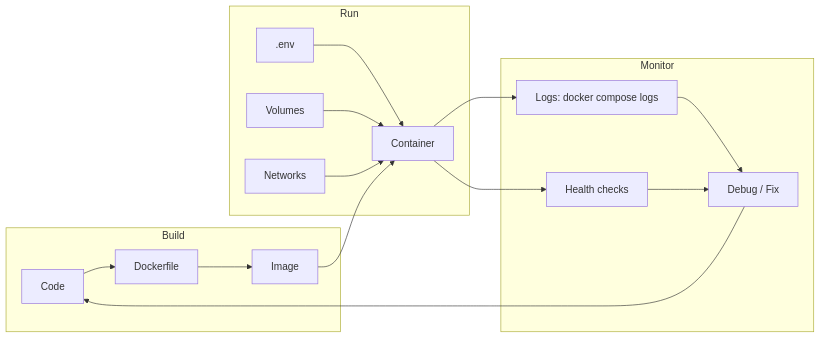
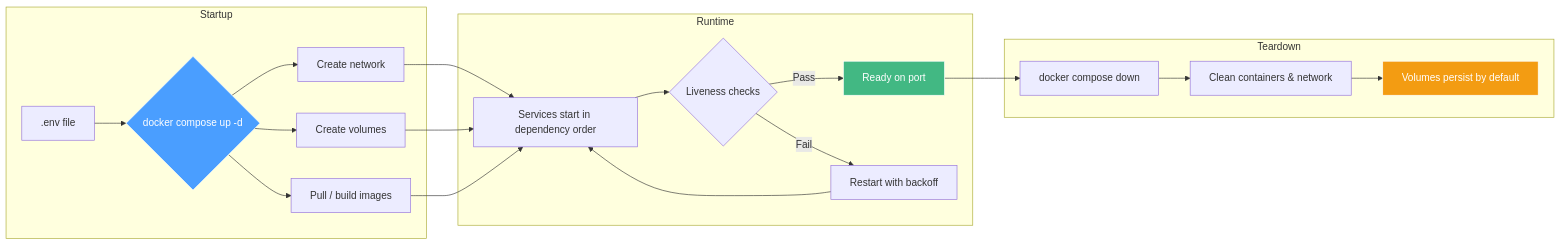
Before and after one commit to nerudek/docker-compose-templates: the third of 3 diagrams in README.md, drawn with Mermaid. The commit also changed other lines of this file and 9 other files, not shown here.

Commit message:
docs: rewrite README with 13 sections, 3 mermaid diagrams; add 4 template stacks with docker-compose.yml and .env.example

````diff
--- a/README.md
+++ b/README.md
@@ -319,20 +132,26 @@
 ```mermaid
 flowchart LR
-    subgraph Build
-        A[Code] --> B[Dockerfile]
-        B --> C[Image]
+    subgraph Startup
+        A[.env file] --> B{docker compose up -d}
+        B --> C[Create network]
+        B --> D[Create volumes]
+        B --> E[Pull / build images]
     end
-    subgraph Run
-        C --> D[Container]
-        E[.env] --> D
-        F[Volumes] --> D
-        G[Networks] --> D
+    subgraph Runtime
+        C --> F[Services start in dependency order]
+        D --> F
+        E --> F
+        F --> G{Liveness checks}
+        G -->|Pass| H[Ready on port]
+        G -->|Fail| I[Restart with backoff]
+        I --> F
     end
-    subgraph Monitor
-        D --> H[Logs: docker compose logs]
-        D --> I[Health checks]
-        H --> J[Debug / Fix]
-        I --> J
-        J --> A
+    subgraph Teardown
+        H --> J[docker compose down]
+        J --> K[Clean containers & network]
+        K --> L[Volumes persist by default]
     end
+    style B fill:#4a9eff,stroke:#fff,color:#fff
+    style H fill:#42b883,stroke:#fff,color:#fff
+    style L fill:#f39c12,stroke:#fff,color:#fff
 ```
````
